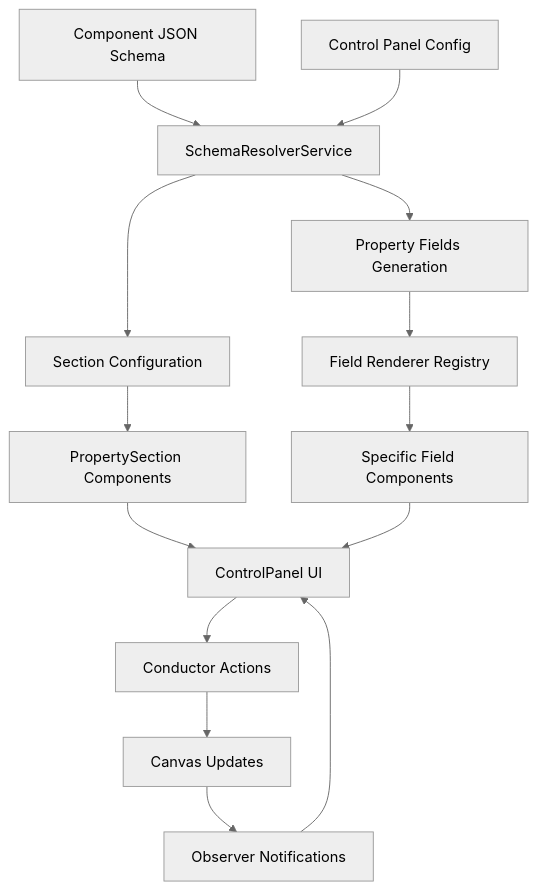
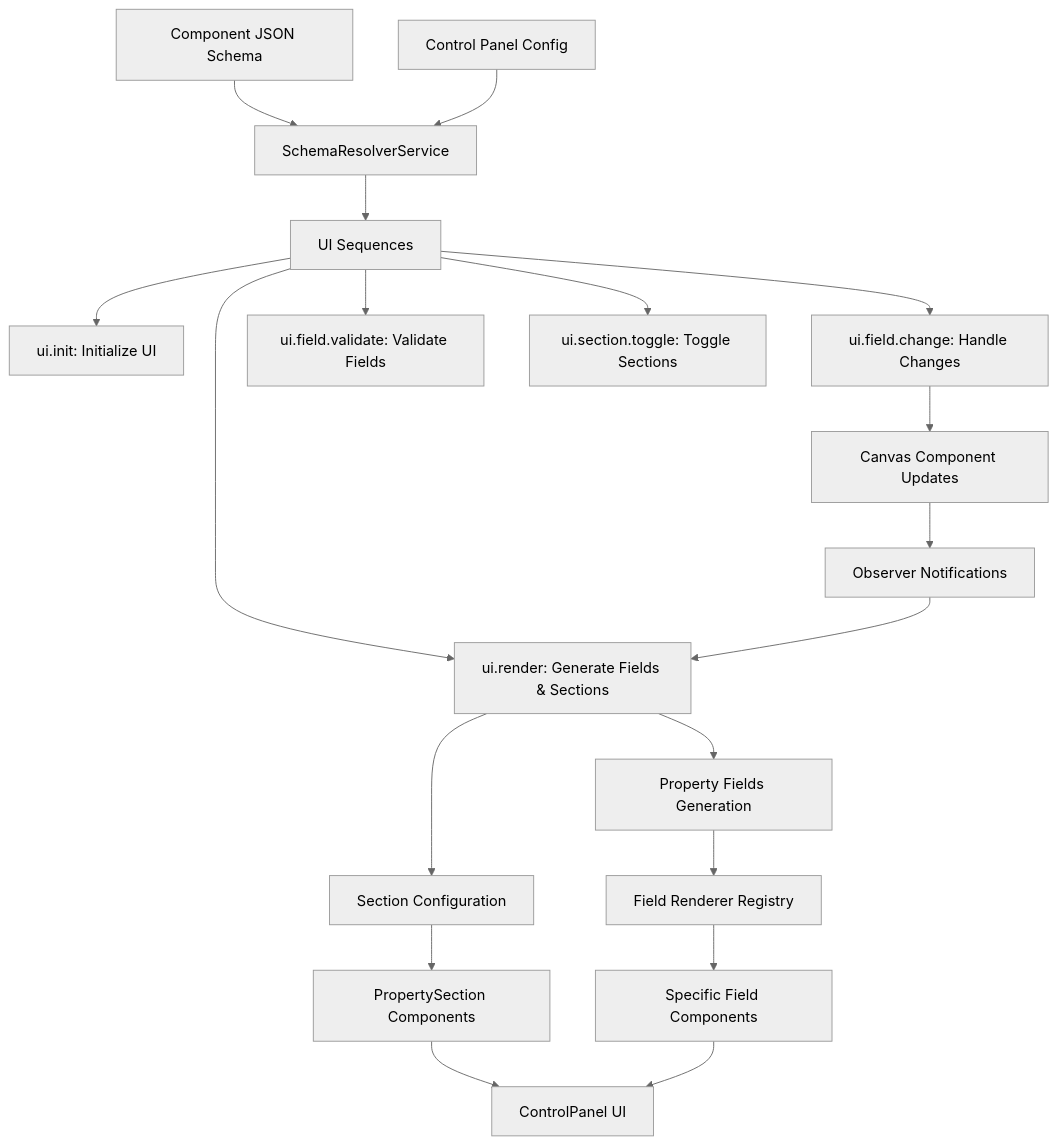
One commit to BPMSoftwareSolutions/renderx-plugins-demo changed the diagram in docs/control-panel-scalable-architecture.md. Above: the diagram before and after it, drawn with Mermaid (neutral theme). The commit also changed other lines of this file and 16 other files, not shown here.

First line of the commit message:
feat(#33): Orchestrate Control Panel UI via sequences

````diff
--- a/docs/control-panel-scalable-architecture.md
+++ b/docs/control-panel-scalable-architecture.md
@@ -73,16 +90,21 @@
 ```mermaid
 graph TD
     A[Component JSON Schema] --> B[SchemaResolverService]
     C[Control Panel Config] --> B
-    B --> D[Property Fields Generation]
-    B --> E[Section Configuration]
-    D --> F[Field Renderer Registry]
-    E --> G[PropertySection Components]
-    F --> H[Specific Field Components]
-    G --> I[ControlPanel UI]
-    H --> I
-    I --> J[Conductor Actions]
-    J --> K[Canvas Updates]
-    K --> L[Observer Notifications]
-    L --> I
+    B --> D[UI Sequences]
+    D --> E[ui.init: Initialize UI]
+    D --> F[ui.render: Generate Fields & Sections]
+    D --> G[ui.field.change: Handle Changes]
+    D --> H[ui.field.validate: Validate Fields]
+    D --> I[ui.section.toggle: Toggle Sections]
+    F --> J[Property Fields Generation]
+    F --> K[Section Configuration]
+    J --> L[Field Renderer Registry]
+    K --> M[PropertySection Components]
+    L --> N[Specific Field Components]
+    M --> O[ControlPanel UI]
+    N --> O
+    G --> P[Canvas Component Updates]
+    P --> Q[Observer Notifications]
+    Q --> F
 ```
````
